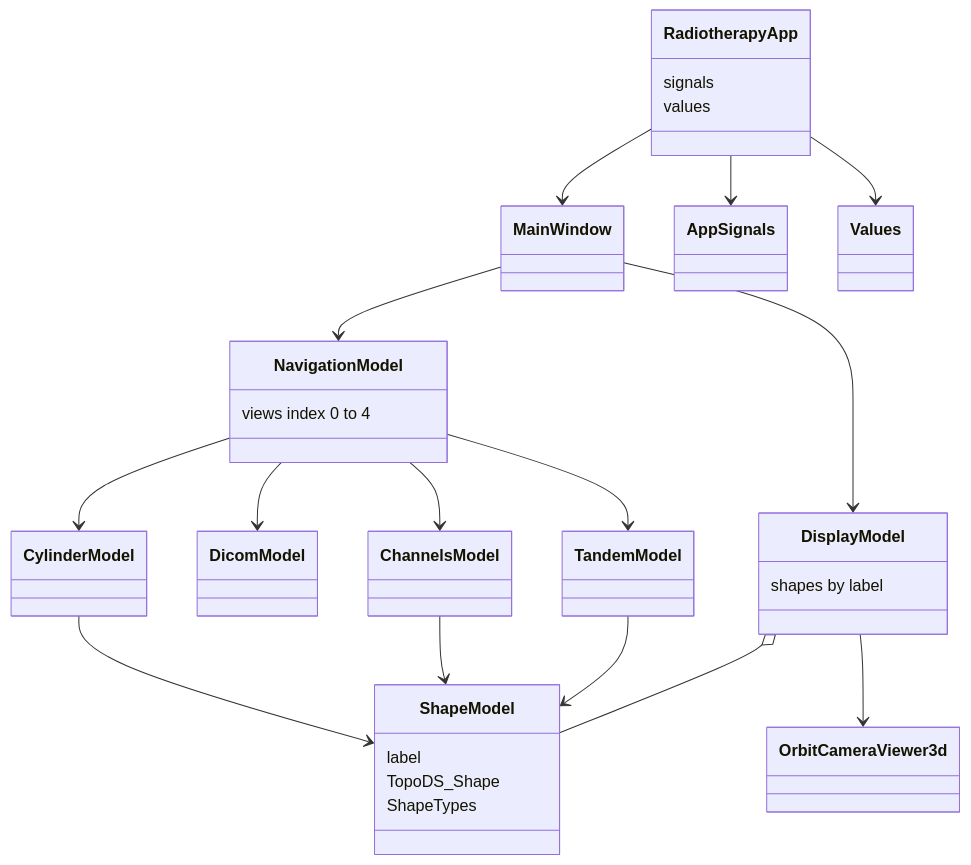
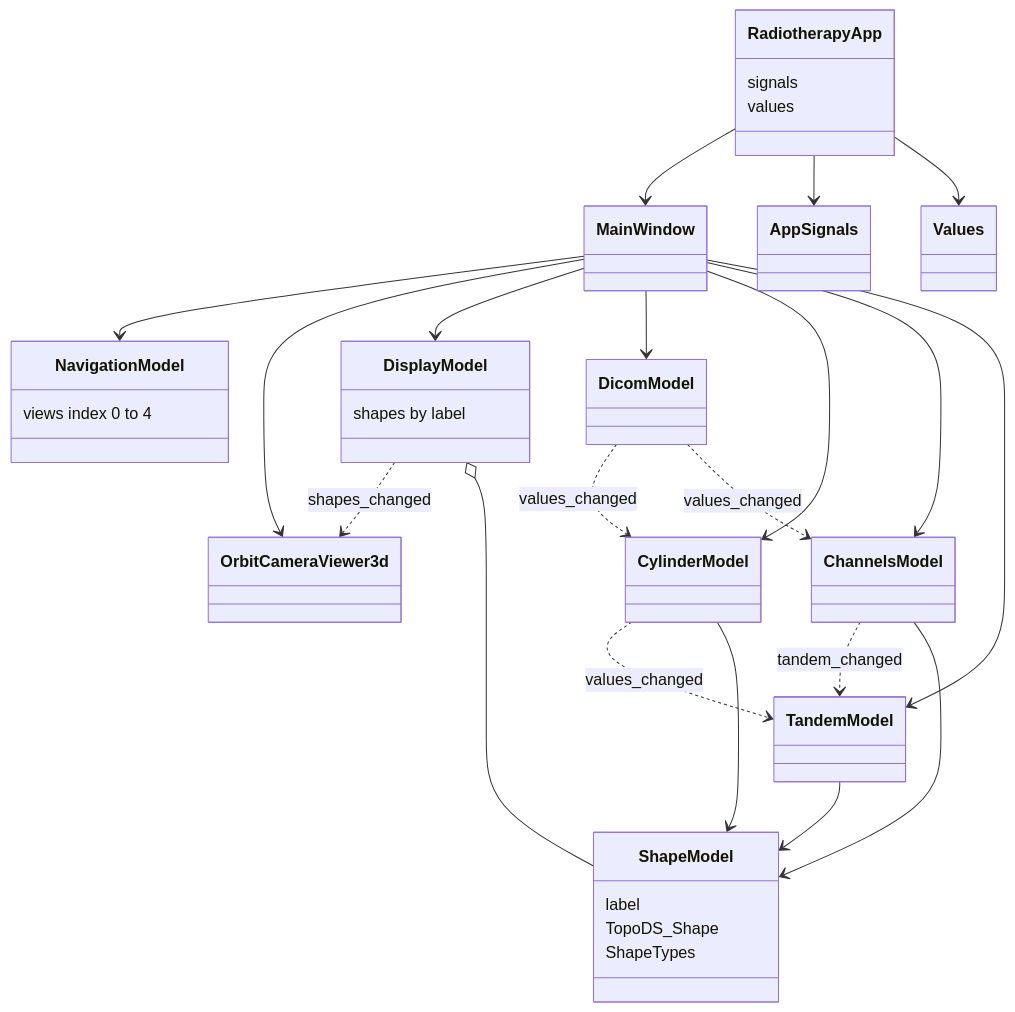
One commit to COSC-499-W2026/capstone-project-team-10 changed the diagram in docs/architecture/diagrams/existing-framework/uml.mmd. Above: the diagram before and after it, drawn with Mermaid. The commit also changed 6 other files, not shown here.

Commit message:
docs: correct UML ownership and DFD flows to match the code

```diff
--- a/docs/architecture/diagrams/existing-framework/uml.mmd
+++ b/docs/architecture/diagrams/existing-framework/uml.mmd
@@ -1,39 +1,44 @@
 %% title: UML
-%% alt: UML of RadiotherapyApp, the models, and ShapeModel
+%% alt: UML of RadiotherapyApp, the models MainWindow creates, the signals between them, and ShapeModel
 classDiagram
   class RadiotherapyApp {
     signals
     values
   }
   class MainWindow
   class NavigationModel {
     views index 0 to 4
   }
   class DisplayModel {
     shapes by label
   }
   class OrbitCameraViewer3d
   class DicomModel
   class CylinderModel
   class ChannelsModel
   class TandemModel
   class ShapeModel {
     label
     TopoDS_Shape
     ShapeTypes
   }
 
   RadiotherapyApp --> MainWindow
   RadiotherapyApp --> AppSignals
   RadiotherapyApp --> Values
   MainWindow --> NavigationModel
+  MainWindow --> OrbitCameraViewer3d
   MainWindow --> DisplayModel
-  DisplayModel --> OrbitCameraViewer3d
-  NavigationModel --> DicomModel
-  NavigationModel --> CylinderModel
-  NavigationModel --> ChannelsModel
-  NavigationModel --> TandemModel
+  DisplayModel ..> OrbitCameraViewer3d : shapes_changed
+  MainWindow --> DicomModel
+  MainWindow --> CylinderModel
+  MainWindow --> ChannelsModel
+  MainWindow --> TandemModel
+  DicomModel ..> CylinderModel : values_changed
+  DicomModel ..> ChannelsModel : values_changed
+  CylinderModel ..> TandemModel : values_changed
+  ChannelsModel ..> TandemModel : tandem_changed
   CylinderModel --> ShapeModel
   ChannelsModel --> ShapeModel
   TandemModel --> ShapeModel
   DisplayModel o-- ShapeModel
```
